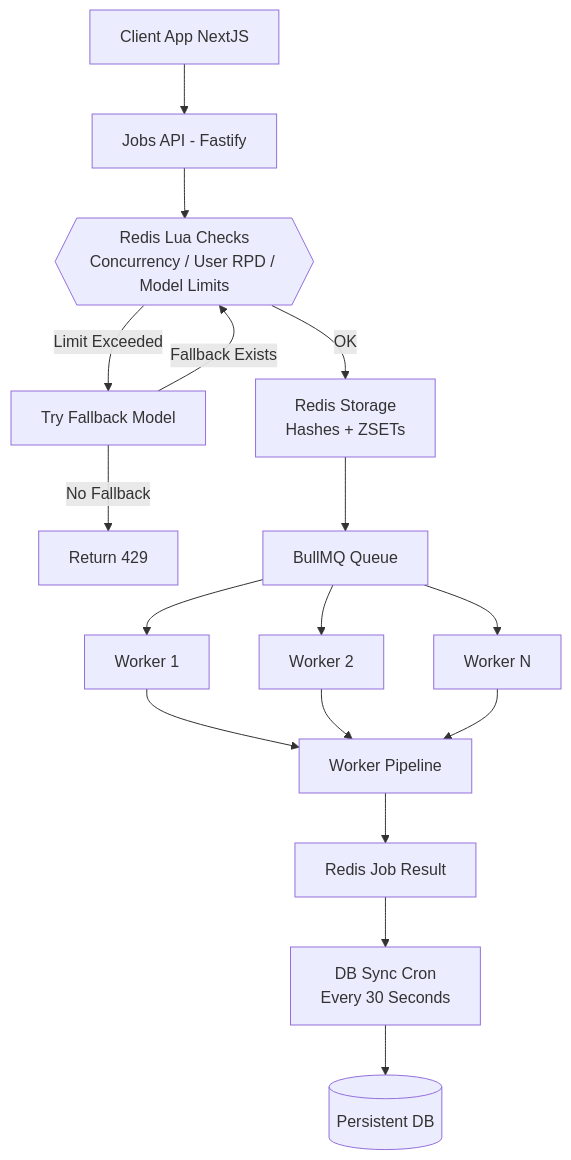
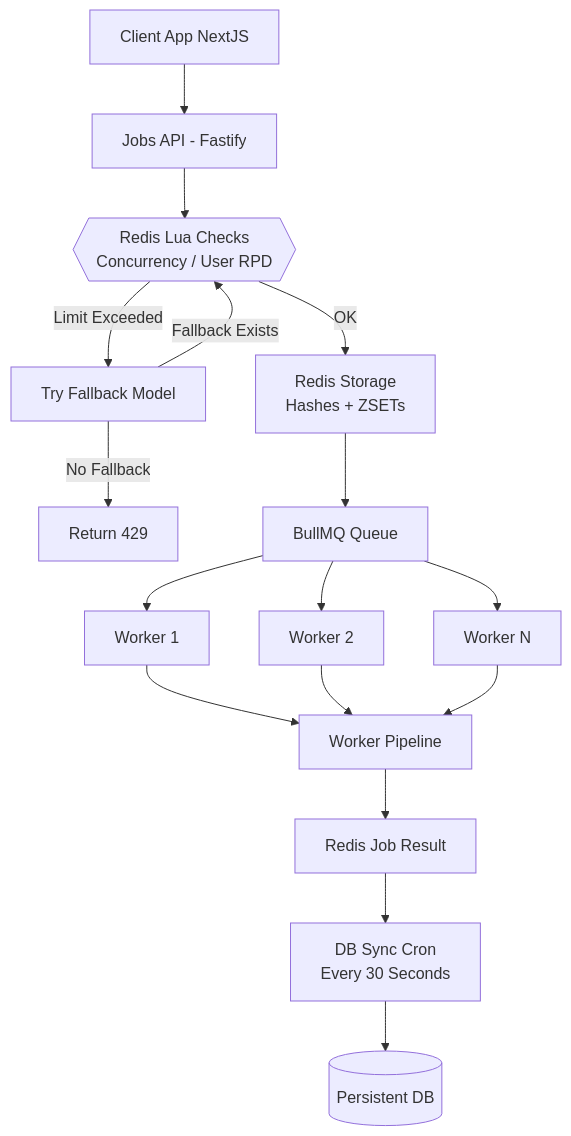
One commit to DmitriyMuliak/z1mak-cv-queue changed the first of 3 diagrams in Architecture.md. Above: the diagram before and after it, drawn with Mermaid. The commit also changed other lines of this file and 3 other files, not shown here.

````diff
--- a/Architecture.md
+++ b/Architecture.md
@@ -28,20 +28,20 @@
 ```mermaid
 flowchart TD
     A[Client App NextJS] --> B[Jobs API - Fastify]
-    B --> C{{Redis Lua Checks\nConcurrency / User RPD / Model Limits}}
+    B --> C{{Redis Lua Checks\nConcurrency / User RPD}}
     C -->|OK| R1[Redis Storage\nHashes + ZSETs]
     C -->|Limit Exceeded| F1[Try Fallback Model]
     F1 -->|Fallback Exists| C
     F1 -->|No Fallback| Z1[Return 429]
     R1 --> Q[BullMQ Queue]
     Q --> W1[Worker 1]
     Q --> W2[Worker 2]
     Q --> W3[Worker N]
     W1 --> P[Worker Pipeline]
     W2 --> P
     W3 --> P
     P --> R2[Redis Job Result]
     R2 --> CRON[DB Sync Cron\nEvery 30 Seconds]
     CRON --> DB[(Persistent DB)]
 
 ```
````
